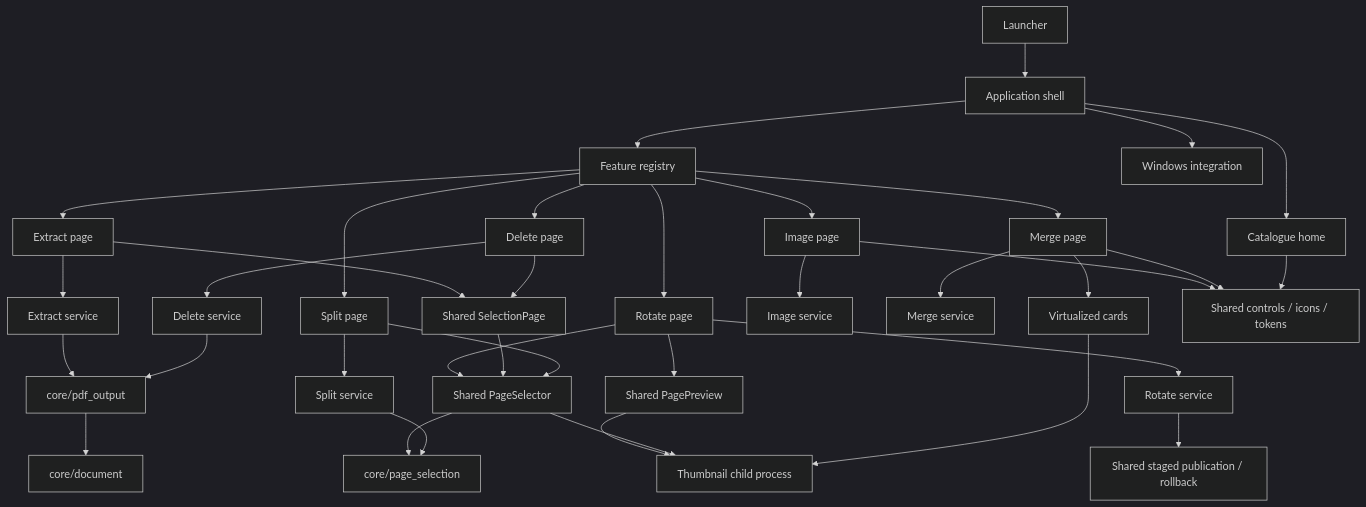
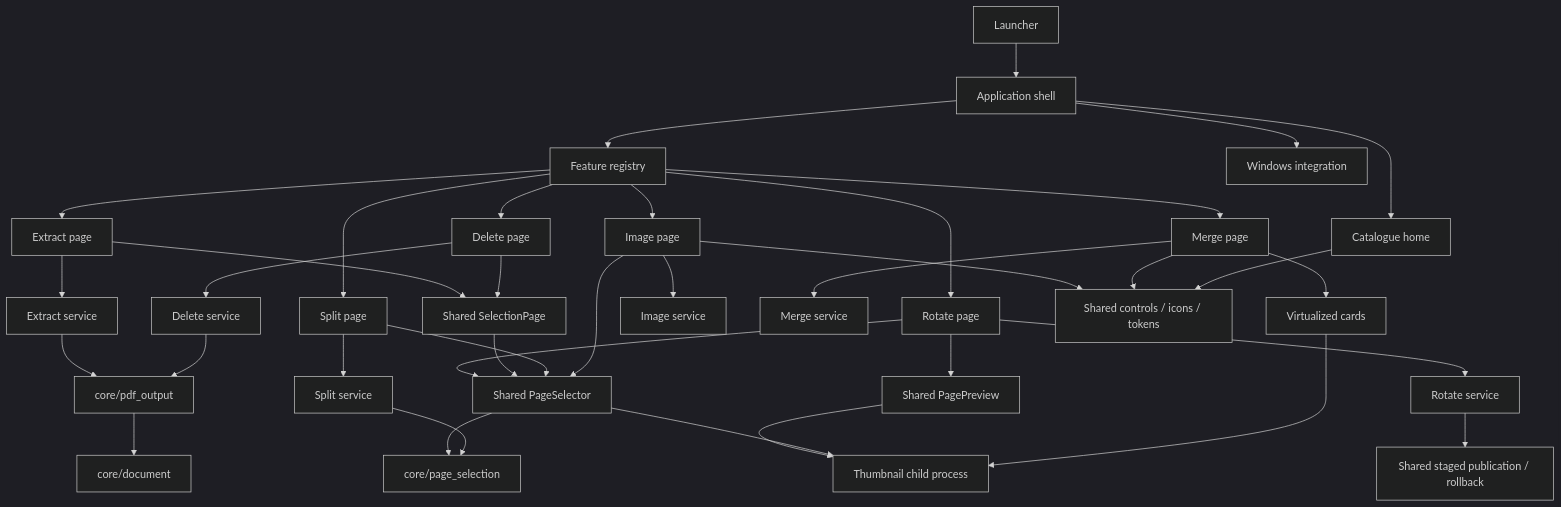
Before and after one commit to Ntdpz/PDF_LoveR: the diagram in docs/ARCHITECTURE.md, drawn with Mermaid (dark theme). The commit also changed other lines of this file and 39 other files, not shown here.

````diff
--- a/docs/ARCHITECTURE.md
+++ b/docs/ARCHITECTURE.md
@@ -42,38 +42,39 @@
 ```mermaid
 flowchart TD
   Entry[Launcher] --> Shell[Application shell]
   Shell --> Registry[Feature registry]
   Shell --> Home[Catalogue home]
   Shell --> Windows[Windows integration]
   Registry --> PNG[Image page]
   Registry --> Merge[Merge page]
   Registry --> Rotate[Rotate page]
   Rotate --> RotateEngine[Rotate service]
   Rotate --> Comparison[Shared PagePreview]
   Rotate --> Selector
   RotateEngine --> Publication[Shared staged publication / rollback]
   Comparison --> Preview
   Registry --> Extract[Extract page]
   Registry --> Delete[Delete page]
   Extract --> Workbench[Shared SelectionPage]
   Delete --> Workbench
   Workbench --> Selector
   Extract --> ExtractEngine[Extract service]
   Delete --> DeleteEngine[Delete service]
   ExtractEngine --> SafeExport[core/pdf_output]
   DeleteEngine --> SafeExport
   SafeExport --> Document[core/document]
   Registry --> Split[Split page]
   Split --> SplitEngine[Split service]
   Split --> Selector[Shared PageSelector]
   Selector --> Selection[core/page_selection]
   SplitEngine --> Selection
   Selector --> Preview
+  PNG --> Selector
   PNG --> PNGEngine[Image service]
   Merge --> MergeEngine[Merge service]
   Merge --> Cards[Virtualized cards]
   Cards --> Preview[Thumbnail child process]
   PNG --> UI[Shared controls / icons / tokens]
   Merge --> UI
   Home --> UI
 ```
````
